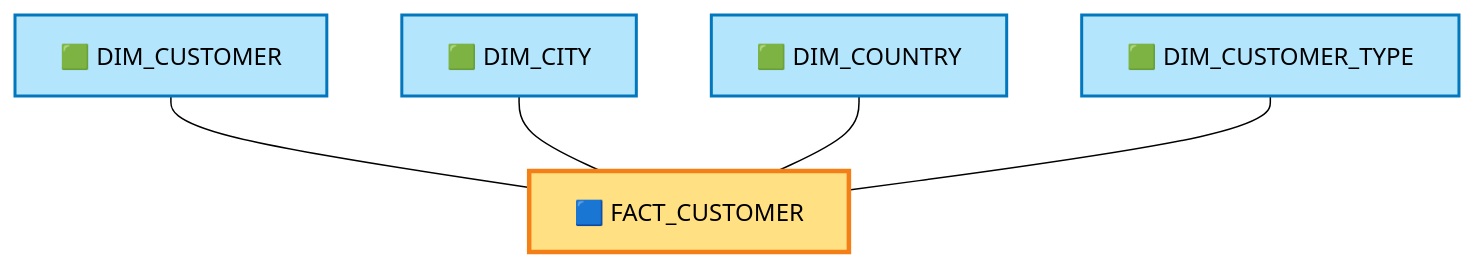
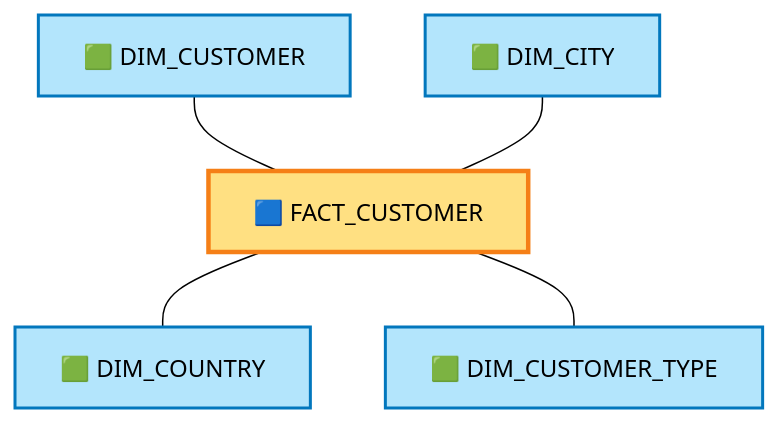
Before and after one commit to Kshitijavir/aws-pipelines-september-2026: the third of 9 diagrams in 03) Snowflake/60.1) Data Modelling/02) STAR schema/02) STAR schema.md, drawn with Mermaid (forest theme). The commit also changed other lines of this file, not shown here.

First line of the commit message:
Arrange star schema diagrams with dimensions around the fact table

````diff
--- a/03) Snowflake/60.1) Data Modelling/02) STAR schema/02) STAR schema.md
+++ b/03) Snowflake/60.1) Data Modelling/02) STAR schema/02) STAR schema.md
@@ -131,18 +131,18 @@
 ```mermaid
 flowchart TB
     DC["🟩 DIM_CUSTOMER"]
     DCI["🟩 DIM_CITY"]
+    F["🟦 FACT_CUSTOMER"]
     DCO["🟩 DIM_COUNTRY"]
     DCT["🟩 DIM_CUSTOMER_TYPE"]
-    F["🟦 FACT_CUSTOMER"]
 
     DC --- F
     DCI --- F
-    DCO --- F
-    DCT --- F
+    F --- DCO
+    F --- DCT
 
     classDef fact fill:#ffe082,stroke:#f57f17,stroke-width:3px,color:#000000
     classDef dim fill:#b3e5fc,stroke:#0277bd,stroke-width:2px,color:#000000
     class F fact
     class DC,DCI,DCO,DCT dim
 ```
````
